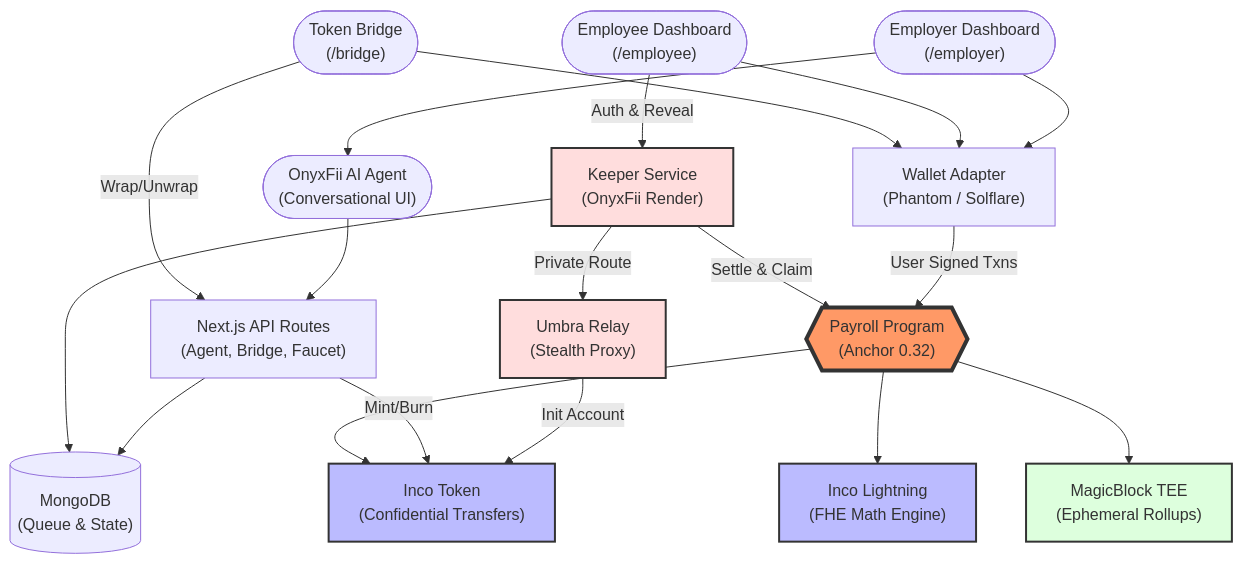
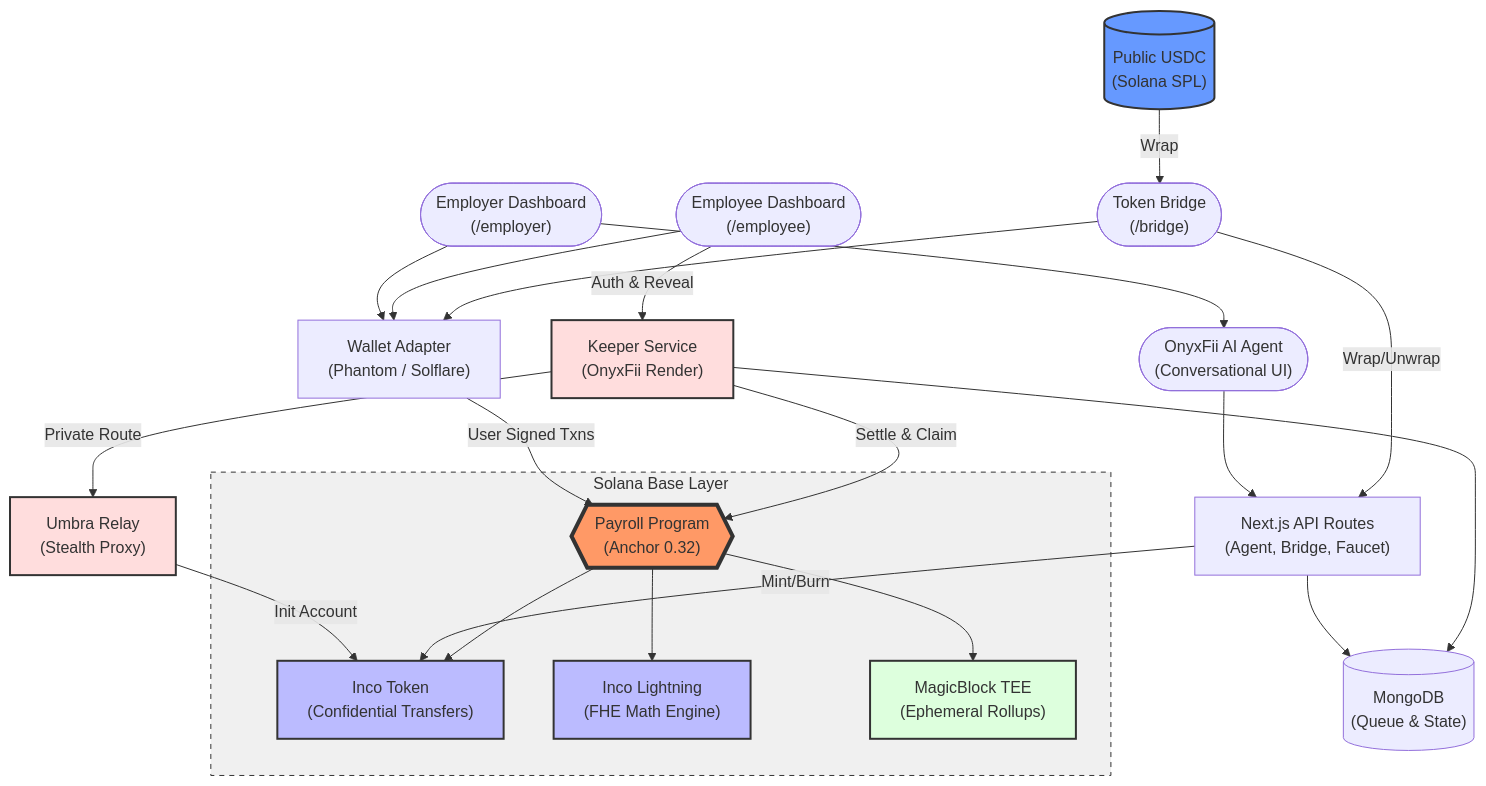
One commit to shumhn/Expensee changed the first of 10 diagrams in README.md. Above: the diagram before and after it, drawn with Mermaid. The commit also changed other lines of this file, not shown here.

Commit message:
docs: explicitly integrate Solana and pUSDC into architecture

````diff
--- a/README.md
+++ b/README.md
@@ -80,44 +80,59 @@
 ```mermaid
 flowchart TB
-    %% Nodes
+    %% External Entry
+    USDC_P[("Public USDC\n(Solana SPL)")]
+
+    %% 1. FRONTEND LAYER
     EMPLOYER(["Employer Dashboard\n(/employer)"])
     EMPLOYEE(["Employee Dashboard\n(/employee)"])
     BRIDGE_UI(["Token Bridge\n(/bridge)"])
     AGENT(["OnyxFii AI Agent\n(Conversational UI)"])
     WALLET["Wallet Adapter\n(Phantom / Solflare)"]
+
+    USDC_P -->|"Wrap"| BRIDGE_UI
+    
+    %% 3. API LAYER
     APIS["Next.js API Routes\n(Agent, Bridge, Faucet)"]
+    
+    %% 4. BACKEND AUTOMATION LAYER
     KEEPER["Keeper Service\n(OnyxFii Render)"]
+    
+    %% 5. STORAGE & ROUTING LAYER
     MONGO[("MongoDB\n(Queue & State)")]
     RELAY["Umbra Relay\n(Stealth Proxy)"]
-    PAYROLL{{"Payroll Program\n(Anchor 0.32)"}}
-    INCO_T["Inco Token\n(Confidential Transfers)"]
-    INCO_L["Inco Lightning\n(FHE Math Engine)"]
-    MAGIC["MagicBlock TEE\n(Ephemeral Rollups)"]
+    
+    subgraph SOLANA["Solana Base Layer"]
+        PAYROLL{{"Payroll Program\n(Anchor 0.32)"}}
+        INCO_T["Inco Token\n(Confidential Transfers)"]
+        INCO_L["Inco Lightning\n(FHE Math Engine)"]
+        MAGIC["MagicBlock TEE\n(Ephemeral Rollups)"]
+    end
 
-    %% Connections
     EMPLOYER --> AGENT
     EMPLOYER --> WALLET
     EMPLOYEE --> WALLET
     BRIDGE_UI --> WALLET
     AGENT --> APIS
     BRIDGE_UI -->|"Wrap/Unwrap"| APIS
     EMPLOYEE -->|"Auth & Reveal"| KEEPER
     APIS --> MONGO
     KEEPER --> MONGO
     KEEPER -->|"Private Route"| RELAY
     WALLET -->|"User Signed Txns"| PAYROLL
     KEEPER -->|"Settle & Claim"| PAYROLL
     RELAY -->|"Init Account"| INCO_T
     APIS -->|"Mint/Burn"| INCO_T
     PAYROLL --> INCO_T
     PAYROLL --> INCO_L
     PAYROLL --> MAGIC
 
     %% Styles
+    style SOLANA fill:#f0f0f0,stroke:#333,stroke-dasharray: 5 5
     style PAYROLL fill:#f96,stroke:#333,stroke-width:4px
     style INCO_L fill:#bbf,stroke:#333,stroke-width:2px
     style INCO_T fill:#bbf,stroke:#333,stroke-width:2px
     style MAGIC fill:#dfd,stroke:#333,stroke-width:2px
+    style USDC_P fill:#69f,stroke:#333,stroke-width:2px
     style KEEPER fill:#fdd,stroke:#333,stroke-width:2px
     style RELAY fill:#fdd,stroke:#333,stroke-width:2px
 ```
````
